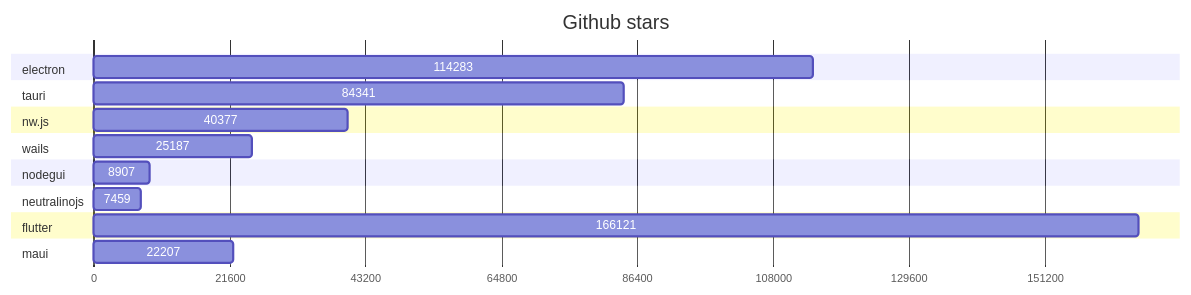
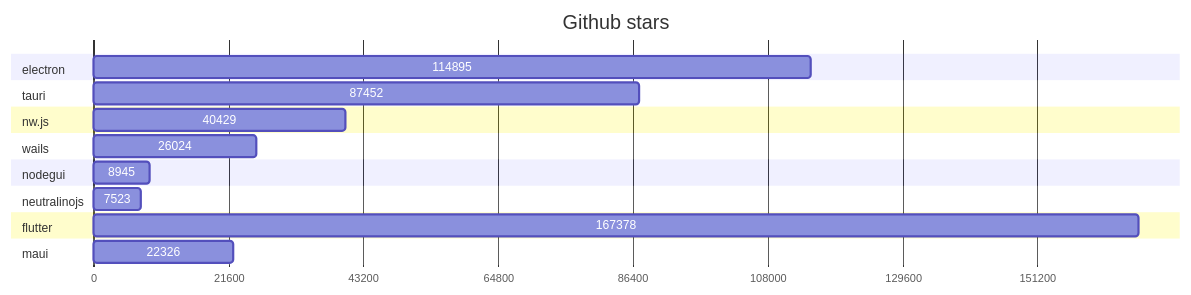
The first of 2 diagrams in GRAPHS.md (Elanis/web-to-desktop-framework-comparison), drawn with Mermaid before and after one commit. The commit also changed other lines of this file and 2 other files, not shown here.

Commit message:
Update stars & Fork

````diff
--- a/GRAPHS.md
+++ b/GRAPHS.md
@@ -5,40 +5,40 @@
 ```mermaid
 gantt
     title Github stars
     dateFormat  X
     axisFormat %s
 
 
 	section electron
-	114283 : 0, 114283
+	114895 : 0, 114895
 
 	
 	section tauri
-	84341 : 0, 84341
+	87452 : 0, 87452
 
 	
 	section nw.js
-	40377 : 0, 40377
+	40429 : 0, 40429
 
 	
 	section wails
-	25187 : 0, 25187
+	26024 : 0, 26024
 
 	
 	section nodegui
-	8907 : 0, 8907
+	8945 : 0, 8945
 
 	
 	section neutralinojs
-	7459 : 0, 7459
+	7523 : 0, 7523
 
 	
 	section flutter
-	166121 : 0, 166121
+	167378 : 0, 167378
 
 	
 	section maui
-	22207 : 0, 22207
+	22326 : 0, 22326
 
 	
 ```
````
